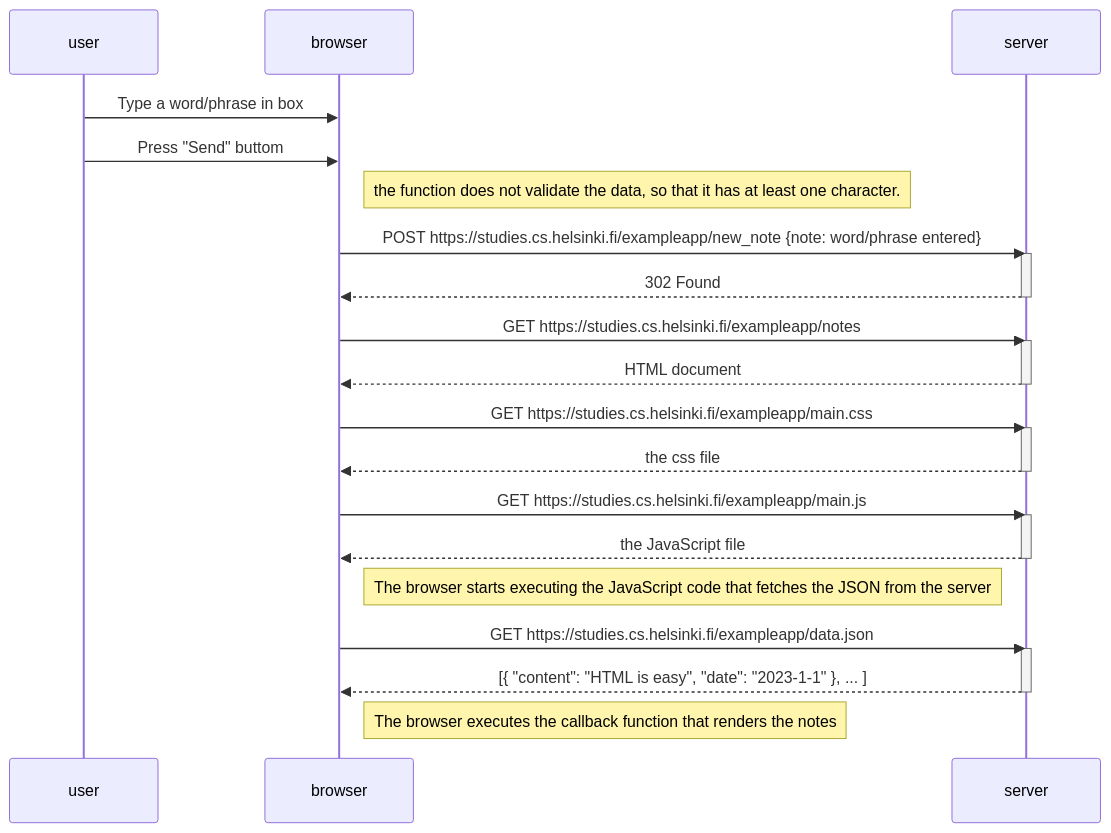
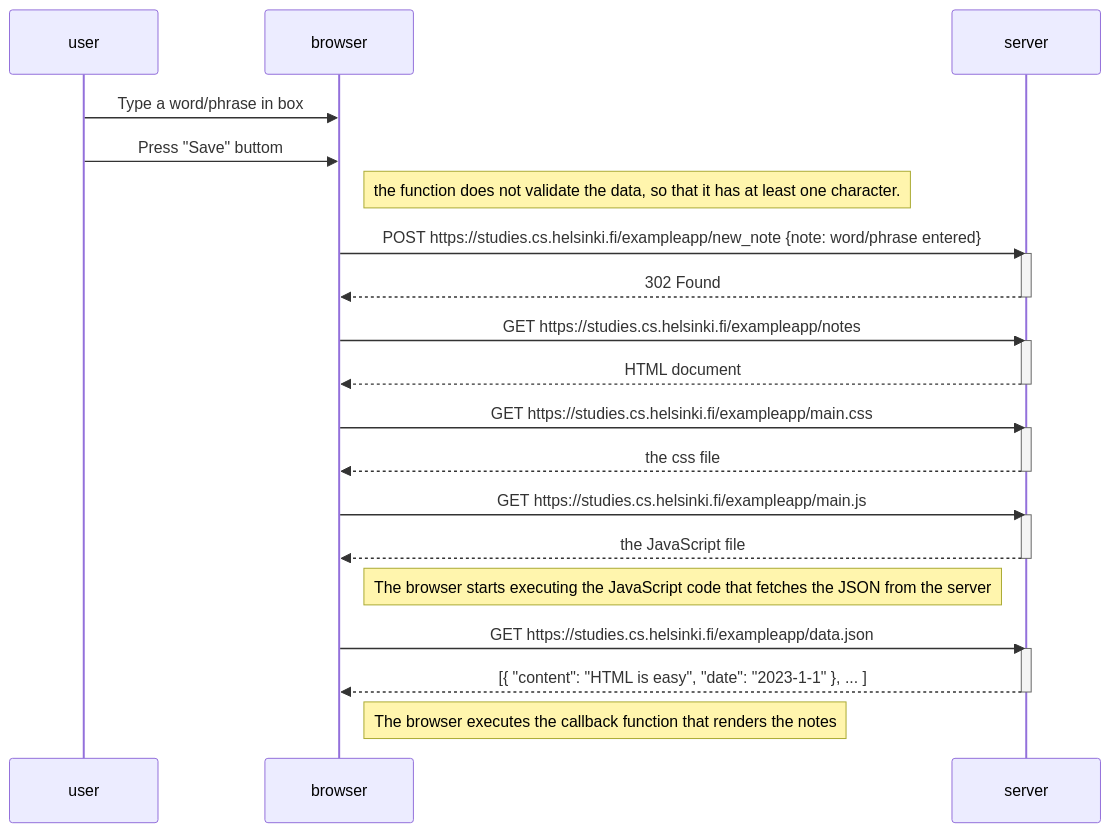
Before and after one commit to luphin/fullstackopen_course: the diagram in part0/04new_note_diagram.md, drawn with Mermaid. The commit also changed other lines of this file, not shown here.

````diff
--- a/part0/04new_note_diagram.md
+++ b/part0/04new_note_diagram.md
@@ -40,39 +40,39 @@
 ```mermaid
 sequenceDiagram
     participant user
     participant browser
     participant server
 
     user->>browser: Type a word/phrase in box
-    user->>browser: Press "Send" buttom
+    user->>browser: Press "Save" buttom
     Note right of browser: the function does not validate the data, so that it has at least one character.
     browser->>server: POST https://studies.cs.helsinki.fi/exampleapp/new_note {note: word/phrase entered}
     activate server
     server-->>browser: 302 Found
     deactivate server
 
     browser->>server: GET https://studies.cs.helsinki.fi/exampleapp/notes
     activate server
     server-->>browser: HTML document
     deactivate server
 
     browser->>server: GET https://studies.cs.helsinki.fi/exampleapp/main.css
     activate server
     server-->>browser: the css file
     deactivate server
 
     browser->>server: GET https://studies.cs.helsinki.fi/exampleapp/main.js
     activate server
     server-->>browser: the JavaScript file
     deactivate server
 
     Note right of browser: The browser starts executing the JavaScript code that fetches the JSON from the server
 
     browser->>server: GET https://studies.cs.helsinki.fi/exampleapp/data.json
     activate server
     server-->>browser: [{ "content": "HTML is easy", "date": "2023-1-1" }, ... ]
     deactivate server
 
     Note right of browser: The browser executes the callback function that renders the notes
 
 ```
````
